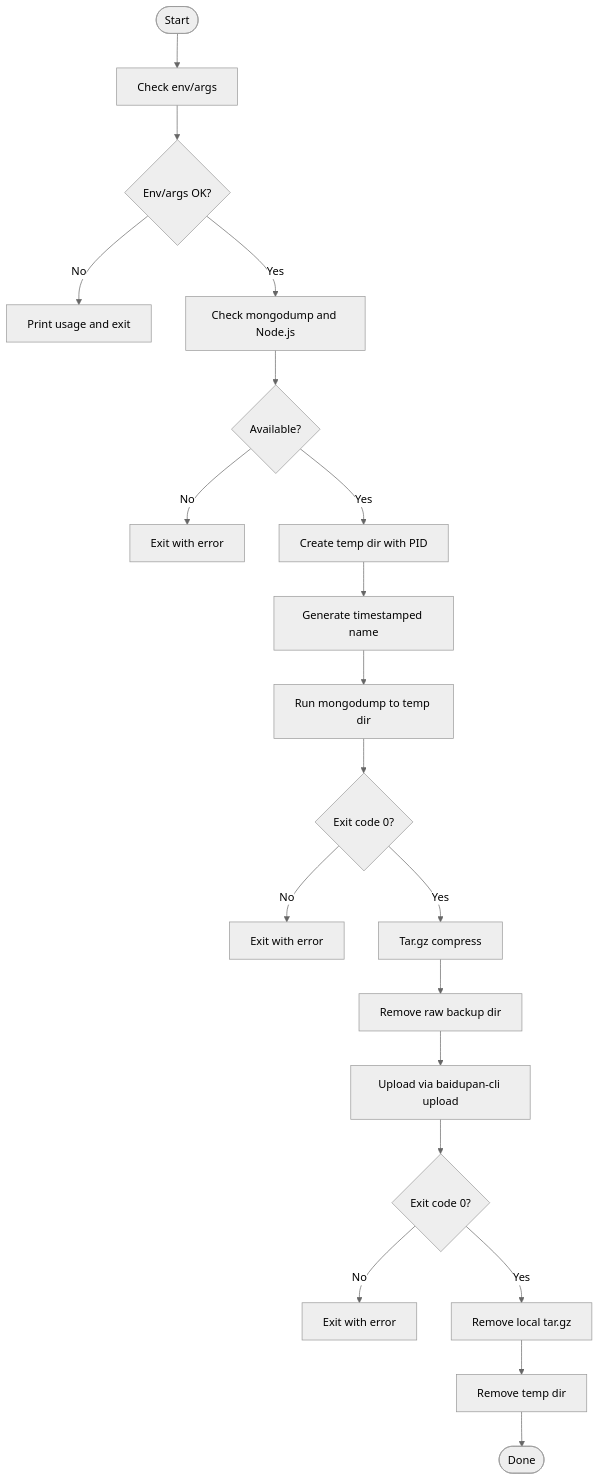
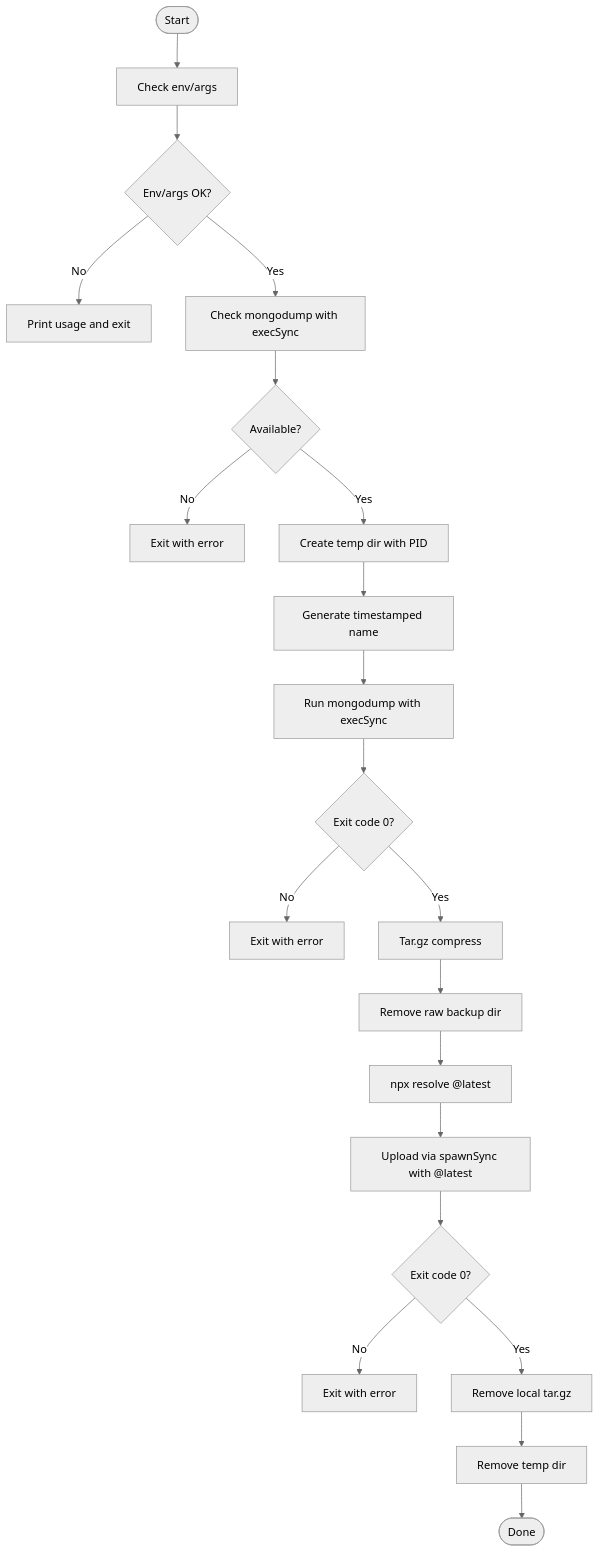
One commit to yuexiaoliang/baiduwangpan-manager changed the third of 6 diagrams in .qoder/repowiki/en/content/Advanced Usage & Automation.md. Above: the diagram before and after it, drawn with Mermaid (neutral theme). The commit also changed other lines of this file and 30 other files, not shown here.

````diff
--- a/.qoder/repowiki/en/content/Advanced Usage & Automation.md
+++ b/.qoder/repowiki/en/content/Advanced Usage & Automation.md
@@ -166,22 +211,23 @@
 ```mermaid
 flowchart TD
 Start(["Start"]) --> CheckEnv["Check env/args"]
 CheckEnv --> EnvOK{"Env/args OK?"}
 EnvOK --> |No| FailArgs["Print usage and exit"]
-EnvOK --> |Yes| CheckTools["Check mongodump and Node.js"]
+EnvOK --> |Yes| CheckTools["Check mongodump with execSync"]
 CheckTools --> ToolsOK{"Available?"}
 ToolsOK --> |No| FailTools["Exit with error"]
 ToolsOK --> |Yes| MkTmp["Create temp dir with PID"]
 MkTmp --> NameTS["Generate timestamped name"]
-NameTS --> Dump["Run mongodump to temp dir"]
+NameTS --> Dump["Run mongodump with execSync"]
 Dump --> DumpOK{"Exit code 0?"}
 DumpOK --> |No| FailDump["Exit with error"]
 DumpOK --> |Yes| Tar["Tar.gz compress"]
 Tar --> CleanUncompressed["Remove raw backup dir"]
-CleanUncompressed --> Upload["Upload via baidupan-cli upload"]
+CleanUncompressed --> ResolveVersion["npx resolve @latest"]
+ResolveVersion --> Upload["Upload via spawnSync with @latest"]
 Upload --> UploadOK{"Exit code 0?"}
 UploadOK --> |No| FailUpload["Exit with error"]
 UploadOK --> |Yes| CleanLocal["Remove local tar.gz"]
 CleanLocal --> RmTmp["Remove temp dir"]
 RmTmp --> Done(["Done"])
 ```
````
